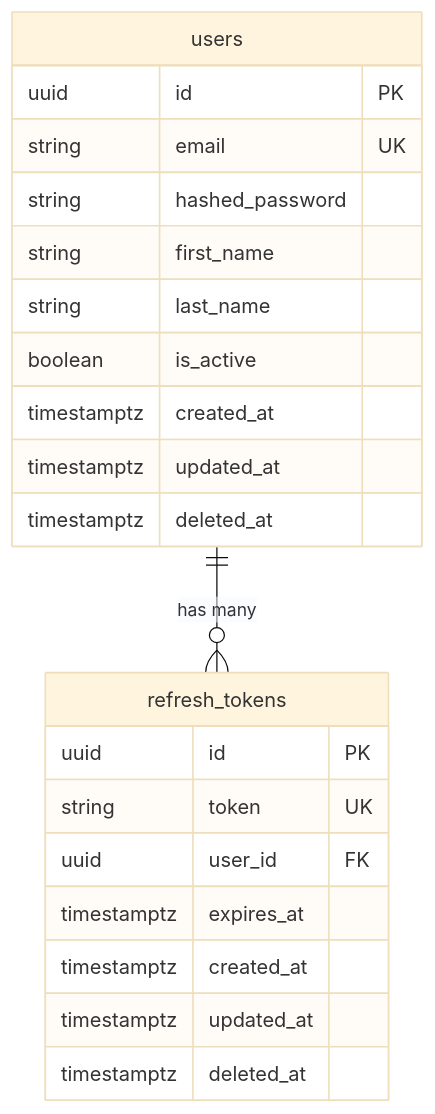
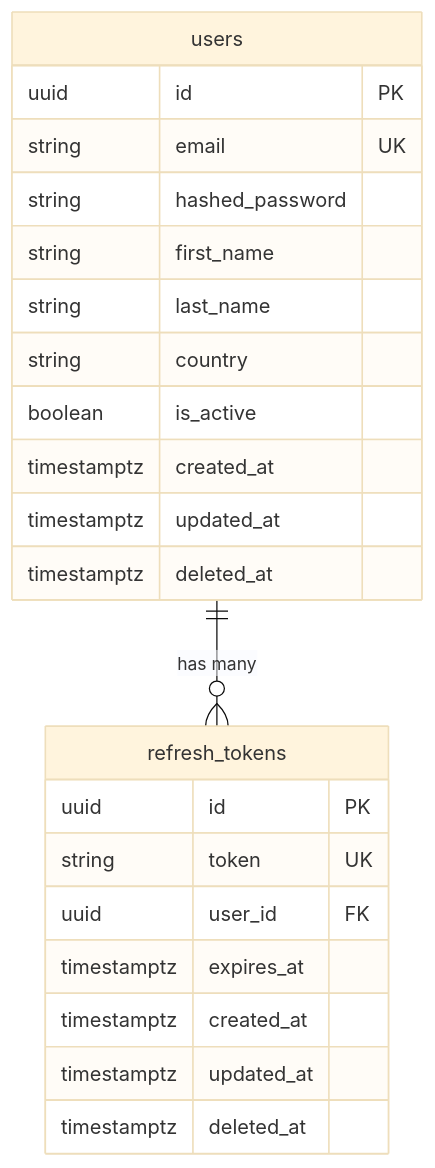
Before and after one commit to lucas-lawrence/fastapi-react-saas-starter: the diagram in docs/data/erd.md, drawn with Mermaid (base theme). The commit also changed 5 other files, not shown here.

````diff
--- a/docs/data/erd.md
+++ b/docs/data/erd.md
@@ -5,26 +5,27 @@
 ```mermaid
 erDiagram
     users {
         uuid id PK
         string email UK
         string hashed_password
         string first_name
         string last_name
+        string country
         boolean is_active
         timestamptz created_at
         timestamptz updated_at
         timestamptz deleted_at
     }
 
     refresh_tokens {
         uuid id PK
         string token UK
         uuid user_id FK
         timestamptz expires_at
         timestamptz created_at
         timestamptz updated_at
         timestamptz deleted_at
     }
 
     users ||--o{ refresh_tokens : "has many"
 ```
````
